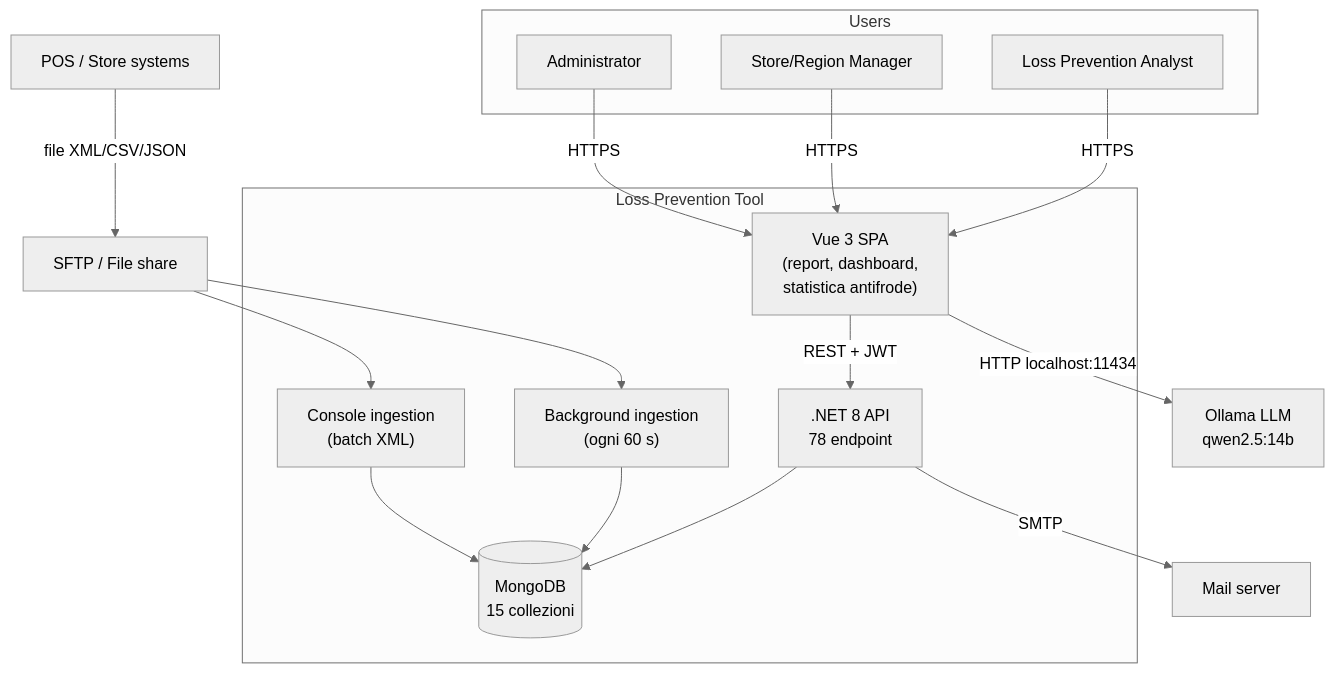
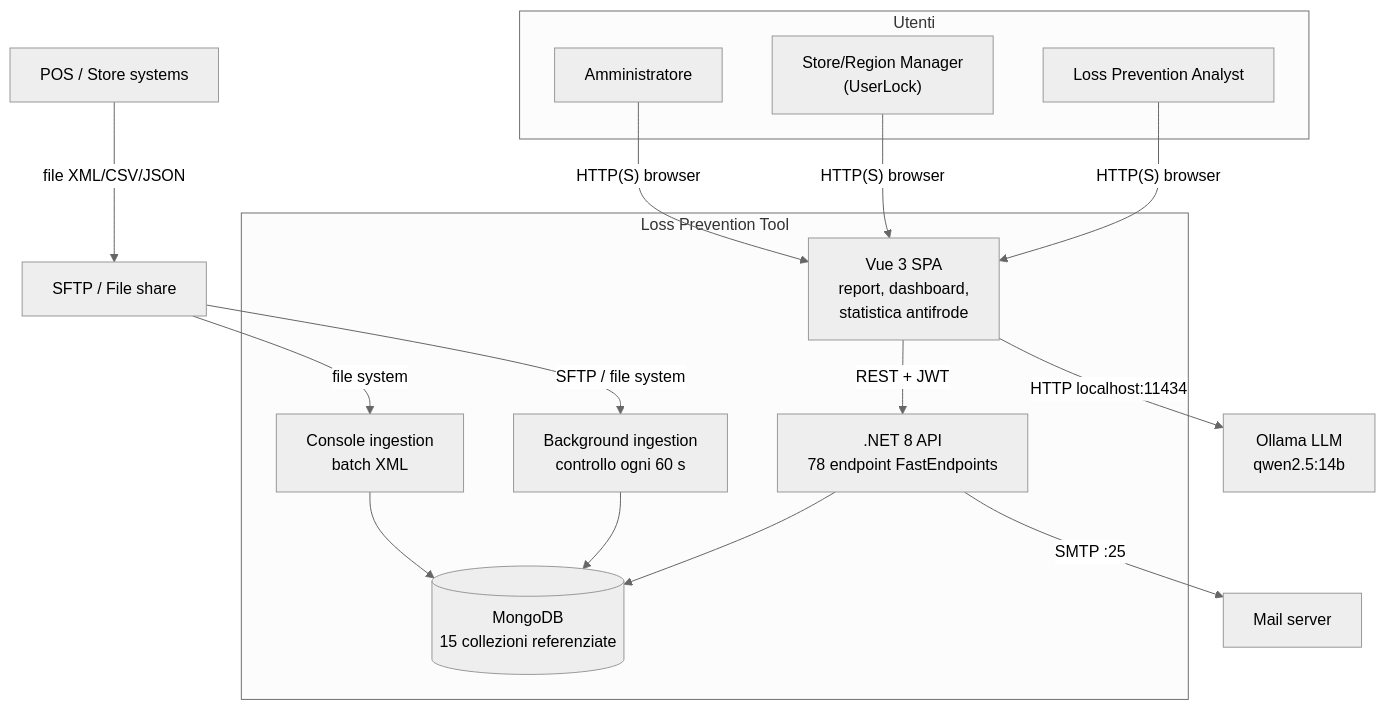
Before and after one commit to saristot/LOSS_PREVENTION: the second of 2 diagrams in customspa-it-loss-prevention-d098a8b97860/Docs/01_context.md, drawn with Mermaid (neutral theme). The commit also changed other lines of this file and 23 other files, not shown here.

````diff
--- a/customspa-it-loss-prevention-d098a8b97860/Docs/01_context.md
+++ b/customspa-it-loss-prevention-d098a8b97860/Docs/01_context.md
@@ -166,25 +350,27 @@
 ```mermaid
 flowchart TB
-  subgraph Users
+  subgraph Users["Utenti"]
     A1["Loss Prevention Analyst"]
-    A2["Store/Region Manager"]
-    A3["Administrator"]
+    A2["Store/Region Manager<br/>(UserLock)"]
+    A3["Amministratore"]
   end
   subgraph LPT["Loss Prevention Tool"]
-    SPA["Vue 3 SPA<br/>(report, dashboard,<br/>statistica antifrode)"]
-    API[".NET 8 API<br/>78 endpoint"]
-    BG["Background ingestion<br/>(ogni 60 s)"]
-    JOB["Console ingestion<br/>(batch XML)"]
-    DB[("MongoDB<br/>15 collezioni")]
+    SPA["Vue 3 SPA<br/>report, dashboard,<br/>statistica antifrode"]
+    API[".NET 8 API<br/>78 endpoint FastEndpoints"]
+    BG["Background ingestion<br/>controllo ogni 60 s"]
+    JOB["Console ingestion<br/>batch XML"]
+    DB[("MongoDB<br/>15 collezioni referenziate")]
   end
-  POS["POS / Store systems"] -->|file XML/CSV/JSON| SFTP["SFTP / File share"]
-  SFTP --> BG
-  SFTP --> JOB
-  A1 & A2 & A3 -->|HTTPS| SPA
-  SPA -->|REST + JWT| API
+  POS["POS / Store systems"] -->|"file XML/CSV/JSON"| SFTP["SFTP / File share"]
+  SFTP -->|"SFTP / file system"| BG
+  SFTP -->|"file system"| JOB
+  A1 -->|"HTTP(S) browser"| SPA
+  A2 -->|"HTTP(S) browser"| SPA
+  A3 -->|"HTTP(S) browser"| SPA
+  SPA -->|"REST + JWT"| API
   API --> DB
   BG --> DB
   JOB --> DB
-  API -->|SMTP| MAIL["Mail server"]
-  SPA -->|HTTP localhost:11434| LLM["Ollama LLM<br/>qwen2.5:14b"]
+  API -->|"SMTP :25"| MAIL["Mail server"]
+  SPA -->|"HTTP localhost:11434"| LLM["Ollama LLM<br/>qwen2.5:14b"]
 ```
````
